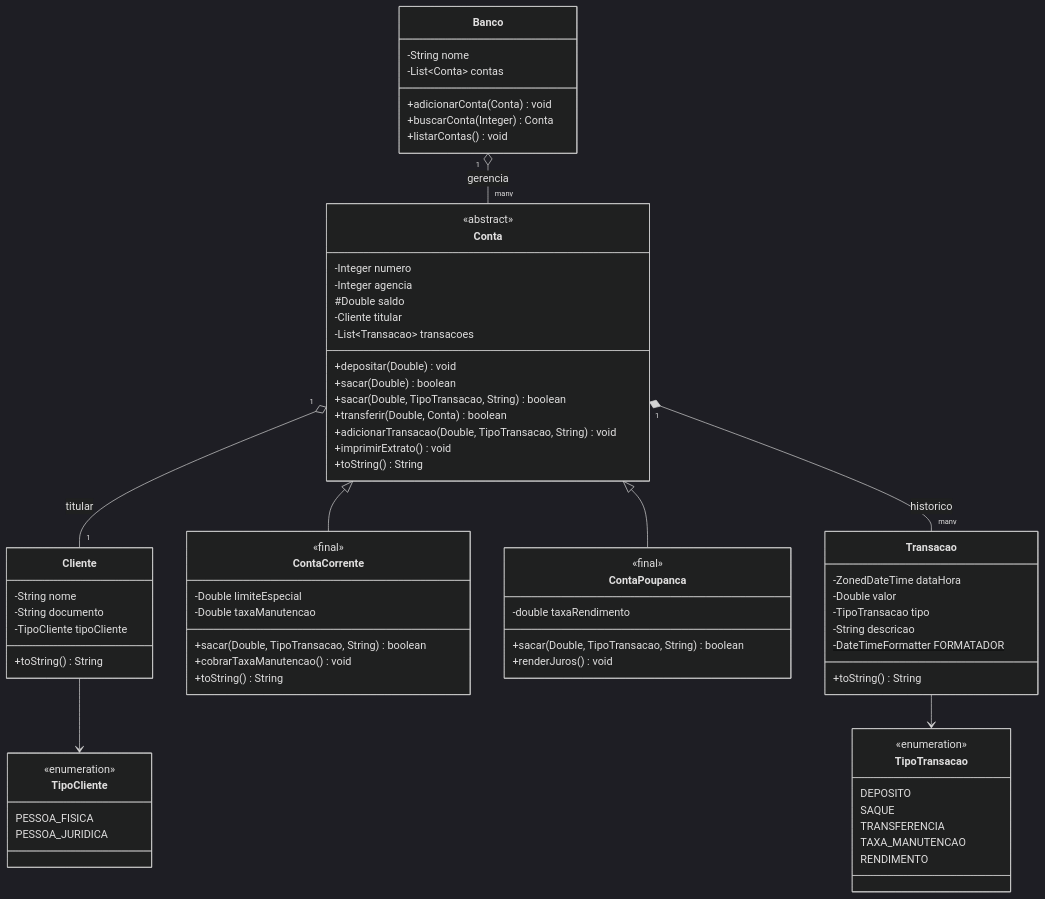
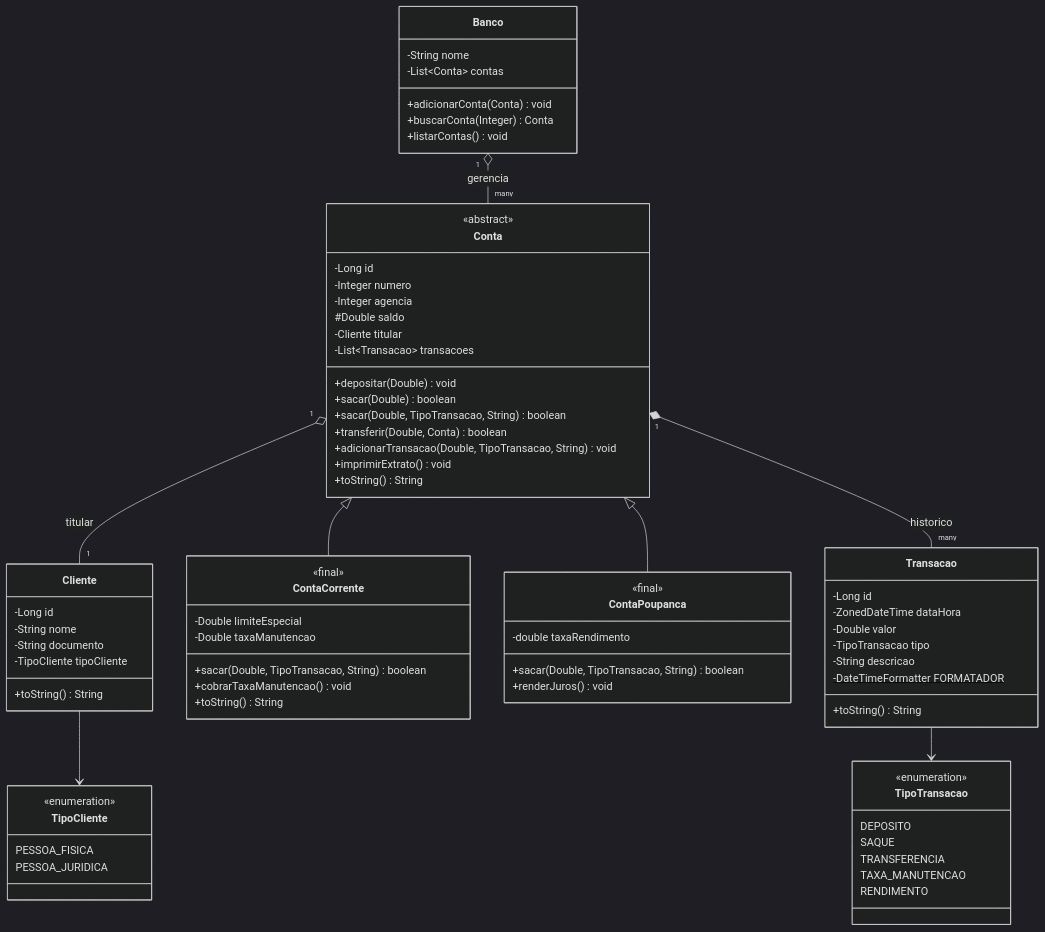
Before and after one commit to vitoriagblima/bank-simulator: the diagram in README.md, drawn with Mermaid (dark theme).

Commit message:
docs: atualiza modelo de domínio no README
- Adiciona campos de ID técnico ao diagrama de classes (Cliente, Conta, Transacao)
- Corrige a indentação da classe Transacao no diagrama Mermaid
- Mantém o exemplo do console alinhado com o código atual

````diff
--- a/README.md
+++ b/README.md
@@ -117,6 +117,7 @@
 ```mermaid
 classDiagram
     class Cliente {
+        -Long id
         -String nome
         -String documento
         -TipoCliente tipoCliente
@@ -125,6 +126,7 @@
 
     class Conta {
         <<abstract>>
+        -Long id
         -Integer numero
         -Integer agencia
         #Double saldo
@@ -156,12 +158,13 @@
     }
 
     class Transacao {
-    -ZonedDateTime dataHora
-    -Double valor
-    -TipoTransacao tipo
-    -String descricao
-    -DateTimeFormatter FORMATADOR$
-    +toString() String
+        -Long id
+        -ZonedDateTime dataHora
+        -Double valor
+        -TipoTransacao tipo
+        -String descricao
+        -DateTimeFormatter FORMATADOR$
+        +toString() String
 }
     class Banco {
         -String nome
````
